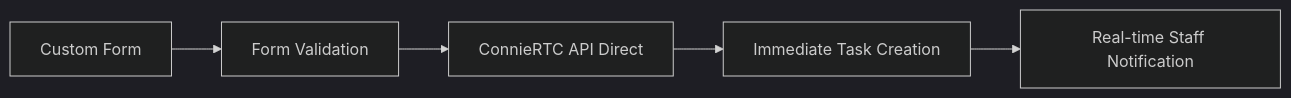
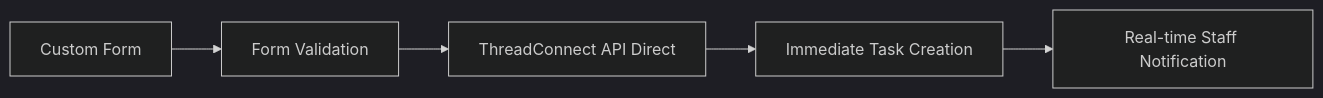
The third of 4 diagrams in docs/techops/feature-deployment/feature-management/channels/web/implementation-guide.md (ConnieML/docs.connie), drawn with Mermaid (dark theme) before and after one commit. The commit also changed other lines of this file and 129 other files, not shown here.

First line of the commit message:
Rebrand ConnieRTC -> ThreadConnect across docs (CEO approval 2026-10-30, round 2)

````diff
--- a/docs/techops/feature-deployment/feature-management/channels/web/implementation-guide.md
+++ b/docs/techops/feature-deployment/feature-management/channels/web/implementation-guide.md
@@ -77,7 +77,7 @@
 ```mermaid
 flowchart LR
     A[Custom Form] --> B[Form Validation]
-    B --> C[ConnieRTC API Direct]
+    B --> C[ThreadConnect API Direct]
     C --> D[Immediate Task Creation]
     D --> E[Real-time Staff Notification]
 ```
````
